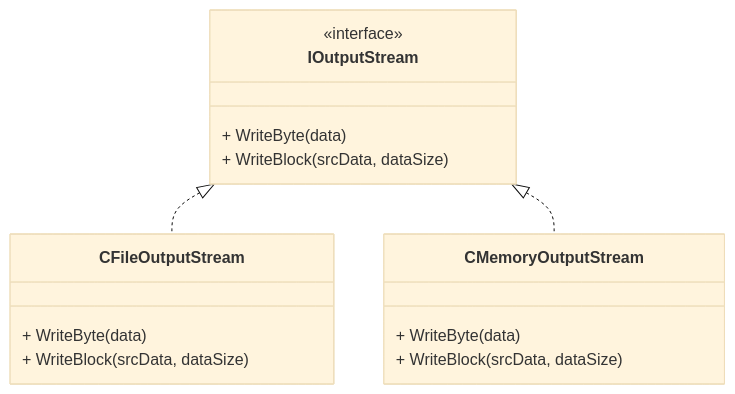
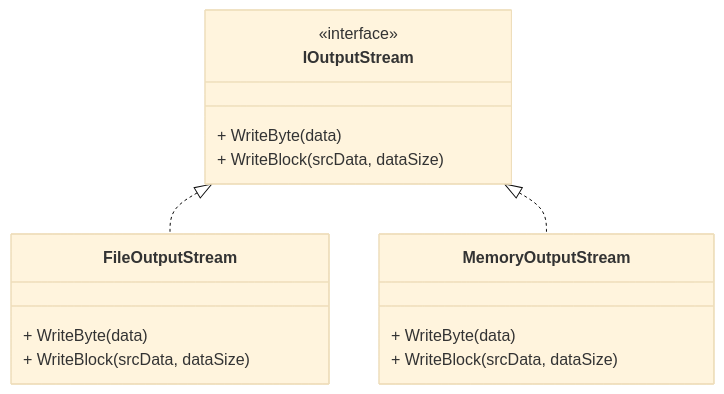
One commit to alexey-malov/ood changed the second of 2 diagrams in labs/03/README.md. Above: the diagram before and after it, drawn with Mermaid (base theme). The commit also changed other lines of this file, not shown here.

Commit message:
Убрал префикс C у классов в диаграмме классов

````diff
--- a/labs/03/README.md
+++ b/labs/03/README.md
@@ -76,18 +76,18 @@
 ```mermaid
 classDiagram
   class IOutputStream {
     <<interface>>
     + WriteByte(data)
     + WriteBlock(srcData, dataSize)
   }
-  class CFileOutputStream {
+  class FileOutputStream {
     + WriteByte(data)
     + WriteBlock(srcData, dataSize)
   }
-  class CMemoryOutputStream {
+  class MemoryOutputStream {
     + WriteByte(data)
     + WriteBlock(srcData, dataSize)
   }
-  IOutputStream <|.. CFileOutputStream
-  IOutputStream <|.. CMemoryOutputStream
+  IOutputStream <|.. FileOutputStream
+  IOutputStream <|.. MemoryOutputStream
 ```
````
